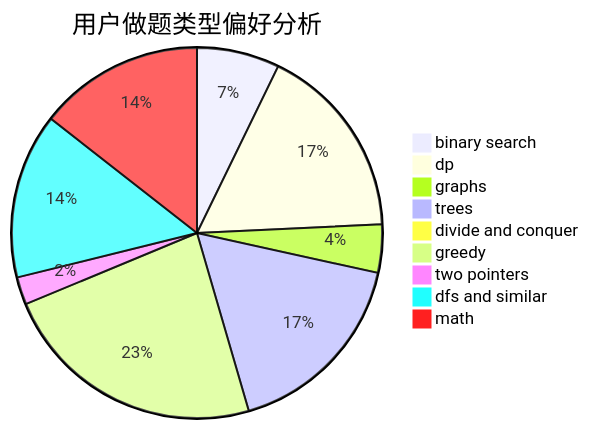
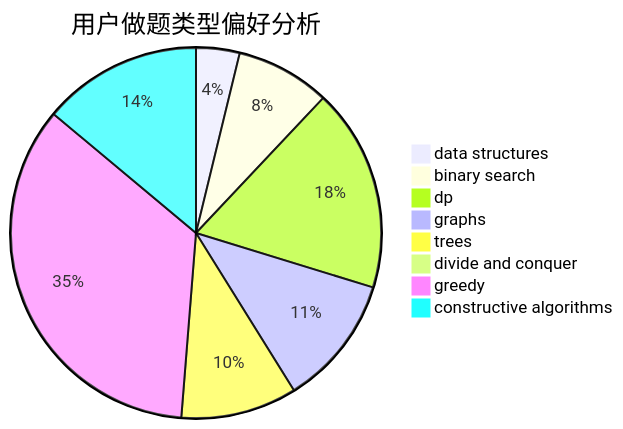
One commit to sherpahu/cfrs.github.io changed the second of 3 diagrams in docs/user/u2585.md. Above: the diagram before and after it, drawn with Mermaid. The commit also changed other lines of this file and 2775 other files, not shown here.

````diff
--- a/docs/user/u2585.md
+++ b/docs/user/u2585.md
@@ -23,12 +23,11 @@
 ```mermaid
 pie title 用户做题类型偏好分析
-    "binary search" :  36
-    "dp" :  85
-    "graphs" :  21
-    "trees" :  85
-    "divide and conquer" :  3
-    "greedy" :  116
-    "two pointers" :  12
-    "dfs and similar" :  72
-    "math" :  72
+    "data structures" :  6
+    "binary search" :  13
+    "dp" :  28
+    "graphs" :  18
+    "trees" :  16
+    "divide and conquer" :  0
+    "greedy" :  55
+    "constructive algorithms" :  22
 ```
````
